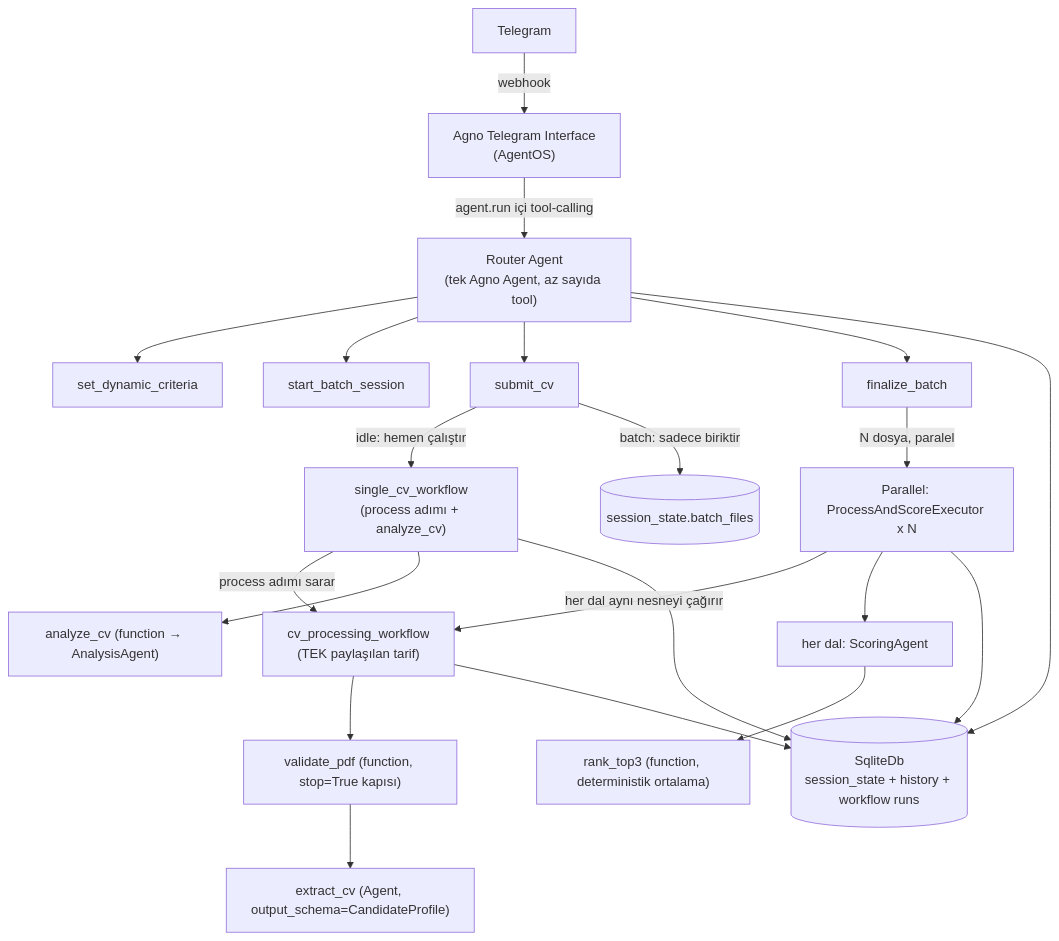
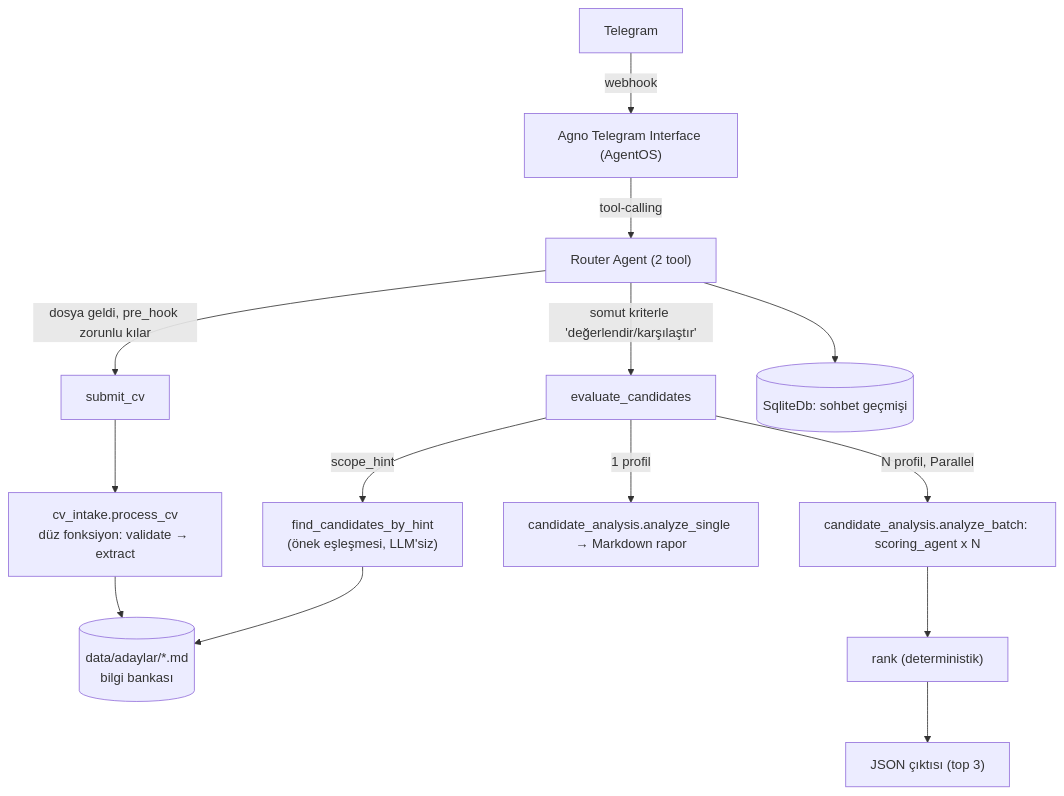
The first of 3 diagrams in ARCHITECTURE.md (Wijt/hr-ai-agent-telegram), drawn with Mermaid before and after one commit. The commit also changed other lines of this file and 16 other files, not shown here.

Commit message:
feat: implement core PDF processing, extraction logic, and multi-candidate analysis architecture with Pydantic models

````diff
--- a/ARCHITECTURE.md
+++ b/ARCHITECTURE.md
@@ -36,20 +38,19 @@
 ```mermaid
 flowchart TB
-    TG[Telegram] -->|webhook| IF["Agno Telegram Interface<br/>(AgentOS)"]
-    IF -->|agent.run içi tool-calling| A["Router Agent<br/>(tek Agno Agent, az sayıda tool)"]
-    A --> T1[set_dynamic_criteria]
-    A --> T2[start_batch_session]
-    A --> T3[submit_cv]
-    A --> T4[finalize_batch]
-    T3 -->|idle: hemen çalıştır| SW["single_cv_workflow<br/>(process adımı + analyze_cv)"]
-    T3 -->|batch: sadece biriktir| BUF[("session_state.batch_files")]
-    T4 -->|N dosya, paralel| PAR["Parallel: ProcessAndScoreExecutor x N"]
-    SW -->|process adımı sarar| CPW["cv_processing_workflow<br/>(TEK paylaşılan tarif)"]
-    PAR -->|her dal aynı nesneyi çağırır| CPW
-    CPW --> S1["validate_pdf (function, stop=True kapısı)"]
-    S1 --> S2["extract_cv (Agent, output_schema=CandidateProfile)"]
-    SW --> S3["analyze_cv (function → AnalysisAgent)"]
-    PAR --> S4["her dal: ScoringAgent"]
-    S4 --> S5["rank_top3 (function, deterministik ortalama)"]
-    A & SW & CPW & PAR --> DB[(SqliteDb<br/>session_state + history + workflow runs)]
+    TG[Telegram] -->|webhook| IF["Agno Telegram Interface (AgentOS)"]
+    IF -->|tool-calling| A["Router Agent (2 tool)"]
+    A -->|dosya geldi, pre_hook zorunlu kılar| T1[submit_cv]
+    A -->|somut kriterle 'değerlendir/karşılaştır'| T2[evaluate_candidates]
+
+    T1 --> PC["cv_intake.process_cv<br/>düz fonksiyon: validate → extract"]
+    PC --> KB[("data/adaylar/*.md<br/>bilgi bankası")]
+
+    T2 -->|scope_hint| FS["find_candidates_by_hint<br/>(önek eşleşmesi, LLM'siz)"]
+    FS --> KB
+    T2 -->|1 profil| AN["candidate_analysis.analyze_single → Markdown rapor"]
+    T2 -->|N profil, Parallel| SC["candidate_analysis.analyze_batch: scoring_agent x N"]
+    SC --> RANK["rank (deterministik)"]
+    RANK --> JSONOUT["JSON çıktısı (top 3)"]
+
+    A --> DB[(SqliteDb: sohbet geçmişi)]
 ```
````
